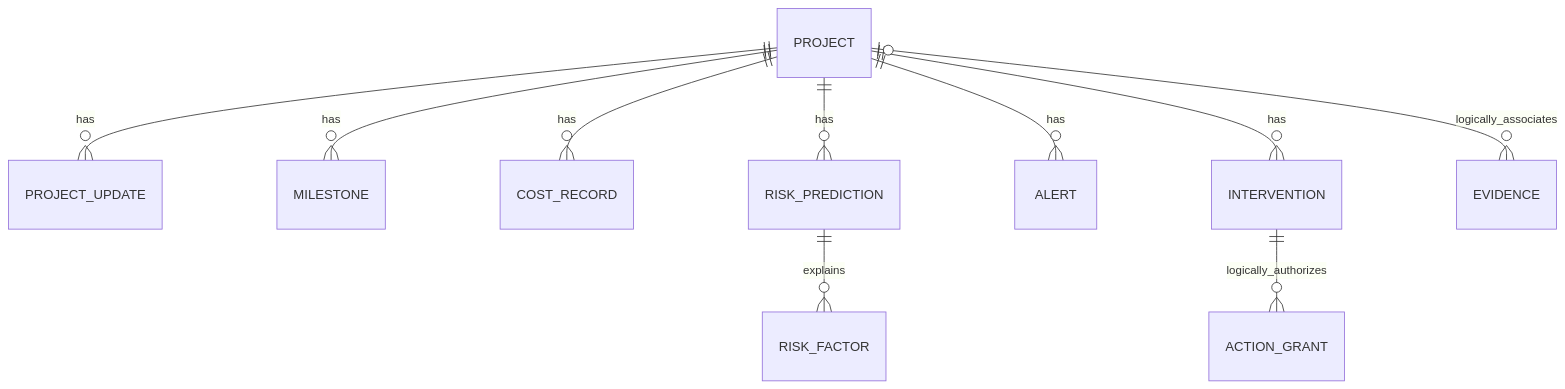
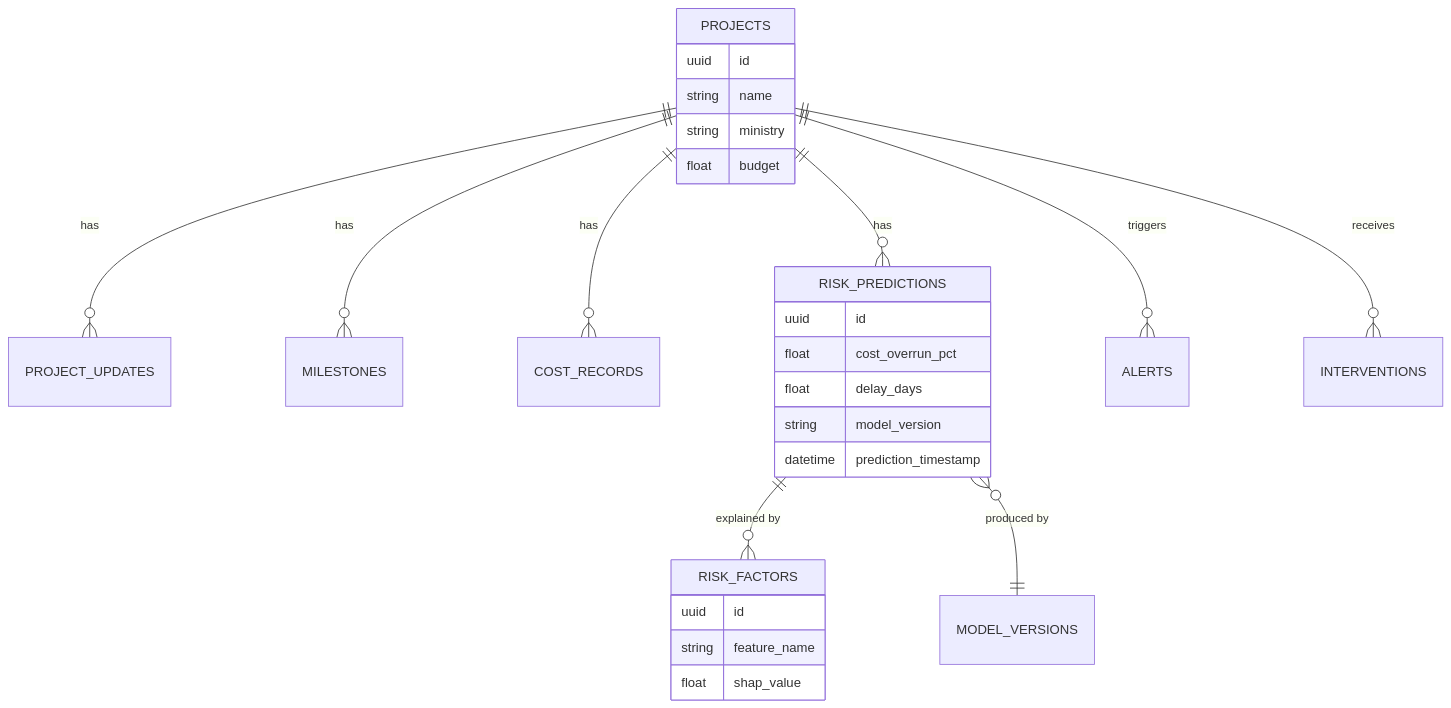
One commit to Invictus-2026/paimana-ai changed the third of 3 diagrams in README.md. Above: the diagram before and after it, drawn with Mermaid. The commit also changed other lines of this file, not shown here.

````diff
--- a/README.md
+++ b/README.md
@@ -357,12 +179,30 @@
 ```mermaid
 erDiagram
-    PROJECT ||--o{ PROJECT_UPDATE : has
-    PROJECT ||--o{ MILESTONE : has
-    PROJECT ||--o{ COST_RECORD : has
-    PROJECT ||--o{ RISK_PREDICTION : has
-    RISK_PREDICTION ||--o{ RISK_FACTOR : explains
-    PROJECT ||--o{ ALERT : has
-    PROJECT ||--o{ INTERVENTION : has
-    PROJECT o|--o{ EVIDENCE : logically_associates
-    INTERVENTION ||--o{ ACTION_GRANT : logically_authorizes
+    PROJECTS ||--o{ PROJECT_UPDATES : has
+    PROJECTS ||--o{ MILESTONES : has
+    PROJECTS ||--o{ COST_RECORDS : has
+    PROJECTS ||--o{ RISK_PREDICTIONS : has
+    PROJECTS ||--o{ ALERTS : triggers
+    PROJECTS ||--o{ INTERVENTIONS : receives
+    RISK_PREDICTIONS ||--o{ RISK_FACTORS : "explained by"
+    RISK_PREDICTIONS }o--|| MODEL_VERSIONS : "produced by"
+
+    PROJECTS {
+        uuid id
+        string name
+        string ministry
+        float budget
+    }
+    RISK_PREDICTIONS {
+        uuid id
+        float cost_overrun_pct
+        float delay_days
+        string model_version
+        datetime prediction_timestamp
+    }
+    RISK_FACTORS {
+        uuid id
+        string feature_name
+        float shap_value
+    }
 ```
````
